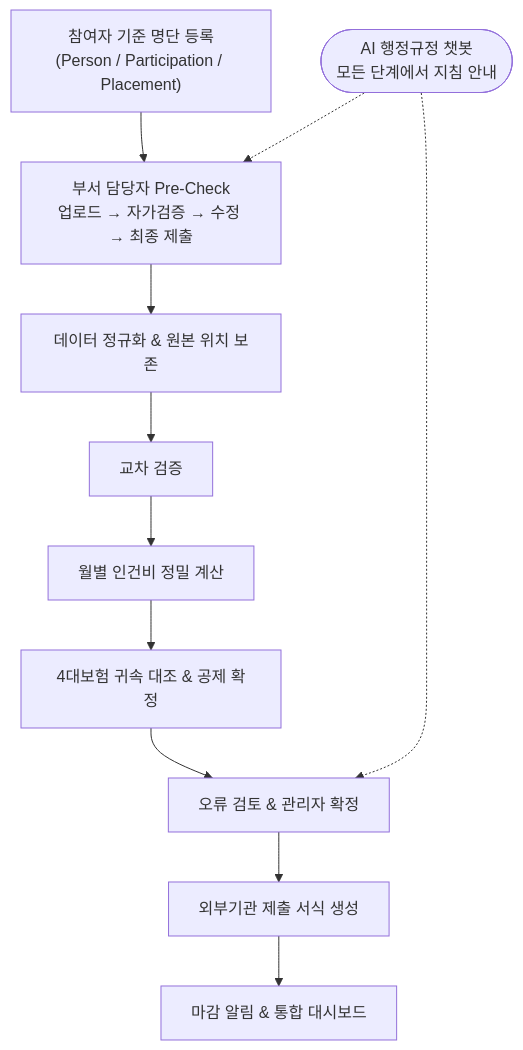
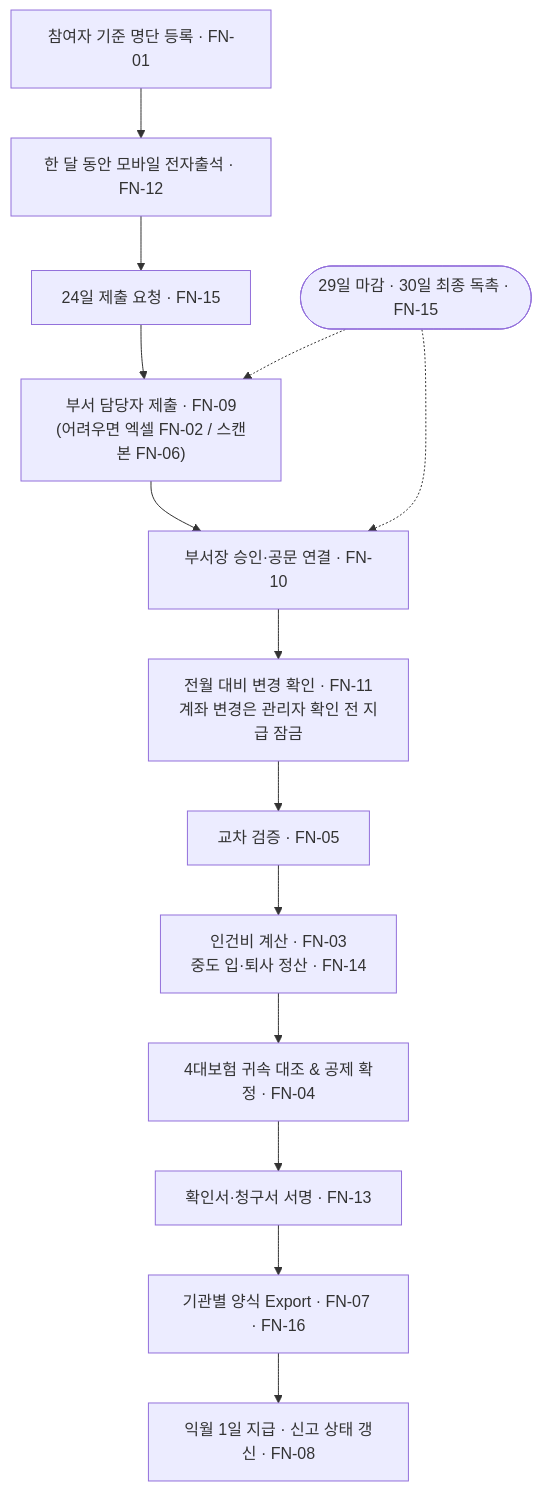
One commit to YC-CapstoneDesign-5/.github changed the fourth of 15 diagrams in docs/ARCHITECTURE.md. Above: the diagram before and after it, drawn with Mermaid. The commit also changed other lines of this file and 7 other files, not shown here.

````diff
--- a/docs/ARCHITECTURE.md
+++ b/docs/ARCHITECTURE.md
@@ -149,13 +193,16 @@
 ```mermaid
 flowchart TD
-    A["참여자 기준 명단 등록<br>(Person / Participation / Placement)"] --> P
-    P["부서 담당자 Pre-Check<br>업로드 → 자가검증 → 수정 → 최종 제출"] --> C
-    C["데이터 정규화 & 원본 위치 보존"] --> D
-    D["교차 검증"] --> E
-    E["월별 인건비 정밀 계산"] --> F
-    F["4대보험 귀속 대조 & 공제 확정"] --> G
-    G["오류 검토 & 관리자 확정"] --> H
-    H["외부기관 제출 서식 생성"] --> I
-    I["마감 알림 & 통합 대시보드"]
-    BOT(["AI 행정규정 챗봇<br>모든 단계에서 지침 안내"]) -.-> P & G
+    A["참여자 기준 명단 등록 · FN-01"] --> B
+    B["한 달 동안 모바일 전자출석 · FN-12"] --> C
+    C["24일 제출 요청 · FN-15"] --> D
+    D["부서 담당자 제출 · FN-09<br>(어려우면 엑셀 FN-02 / 스캔본 FN-06)"] --> E
+    E["부서장 승인·공문 연결 · FN-10"] --> F
+    F["전월 대비 변경 확인 · FN-11<br>계좌 변경은 관리자 확인 전 지급 잠금"] --> G
+    G["교차 검증 · FN-05"] --> H
+    H["인건비 계산 · FN-03<br>중도 입·퇴사 정산 · FN-14"] --> I
+    I["4대보험 귀속 대조 & 공제 확정 · FN-04"] --> J
+    J["확인서·청구서 서명 · FN-13"] --> K
+    K["기관별 양식 Export · FN-07 · FN-16"] --> L
+    L["익월 1일 지급 · 신고 상태 갱신 · FN-08"]
+    DL(["29일 마감 · 30일 최종 독촉 · FN-15"]) -.-> D & E
 ```
````
